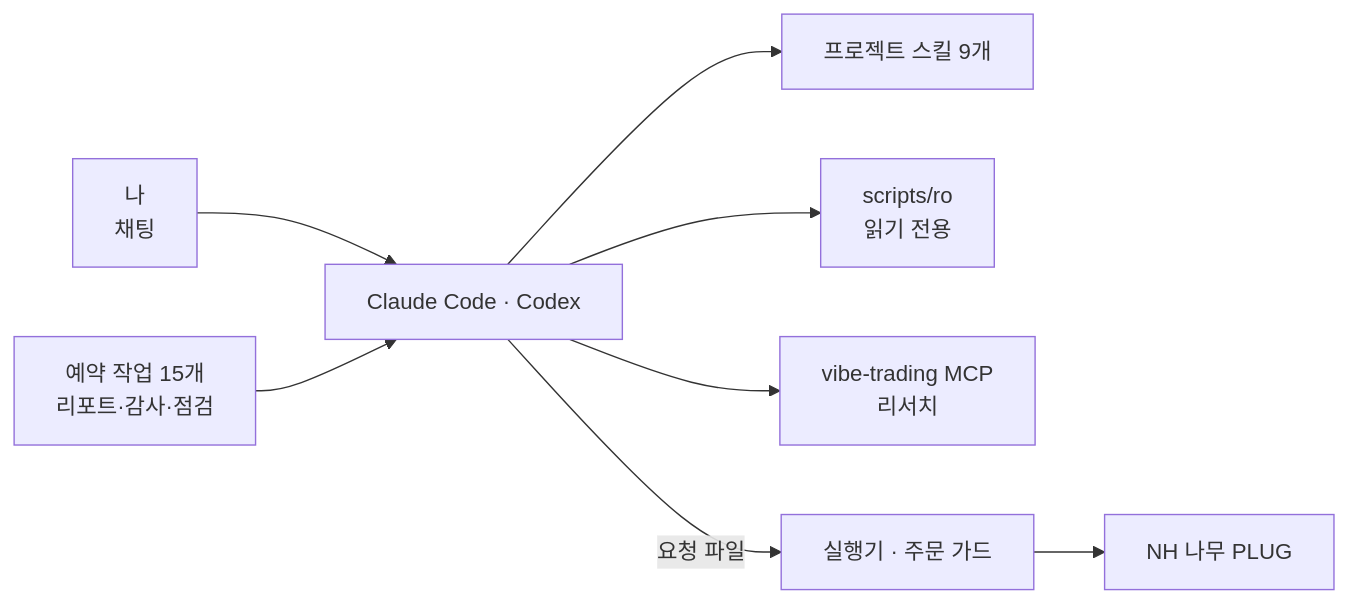
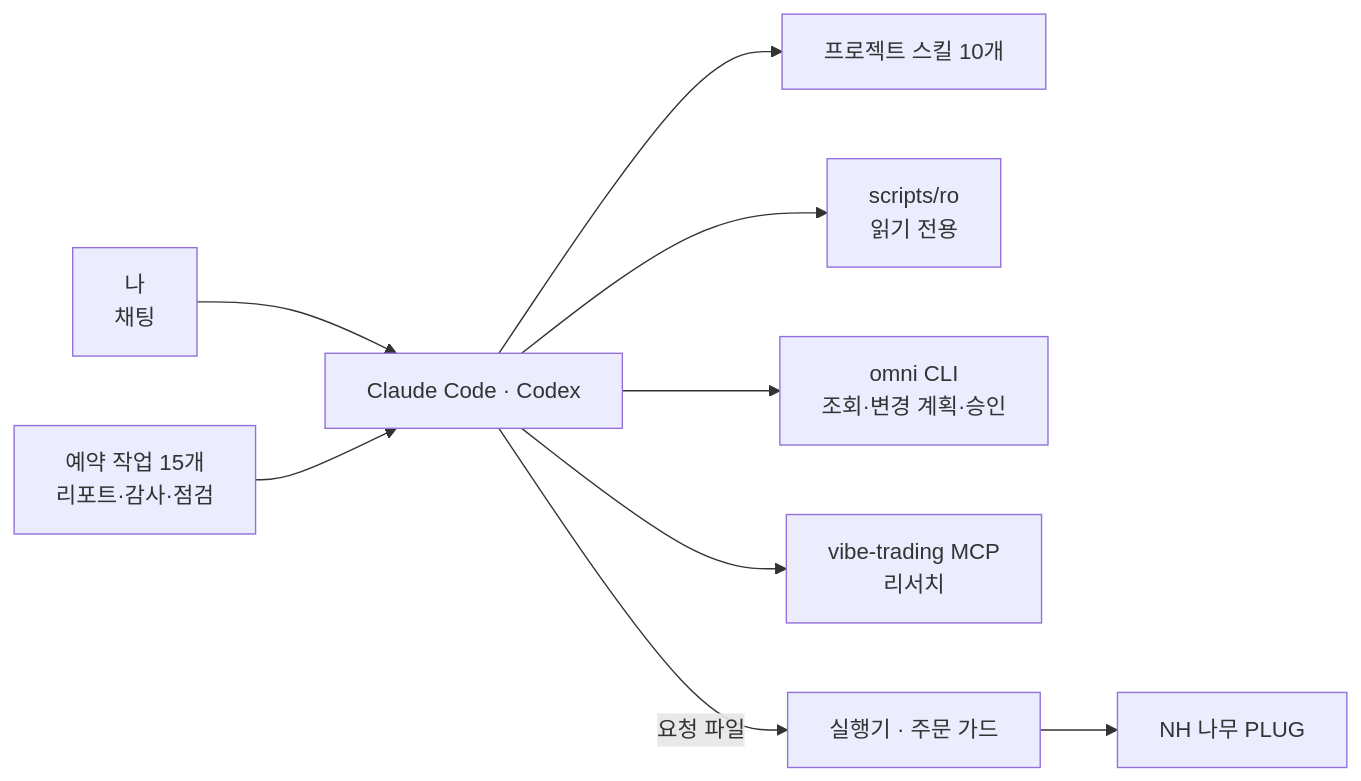
Before and after one commit to roadkwonai/omni-ai-trading: the fourth of 17 diagrams in README.md, drawn with Mermaid. The commit also changed other lines of this file and 189 other files, not shown here.

````diff
--- a/README.md
+++ b/README.md
@@ -545,10 +548,11 @@
 ```mermaid
 flowchart LR
   U["나<br/>채팅"] --> A["Claude Code · Codex"]
-  A --> SK["프로젝트 스킬 9개"]
+  A --> SK["프로젝트 스킬 10개"]
   A --> RO["scripts/ro<br/>읽기 전용"]
+  A --> CLI["omni CLI<br/>조회·변경 계획·승인"]
   A --> M["vibe-trading MCP<br/>리서치"]
   A -->|요청 파일| RUN["실행기 · 주문 가드"]
   RUN --> NH["NH 나무 PLUG"]
   T["예약 작업 15개<br/>리포트·감사·점검"] --> A
 ```
````
